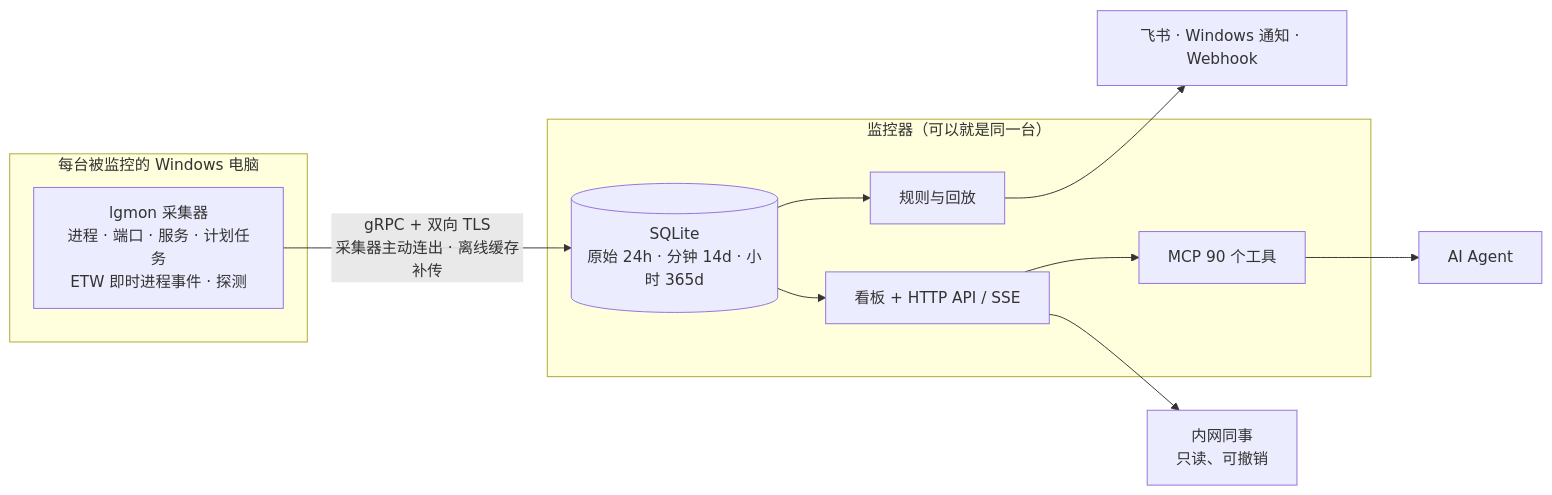
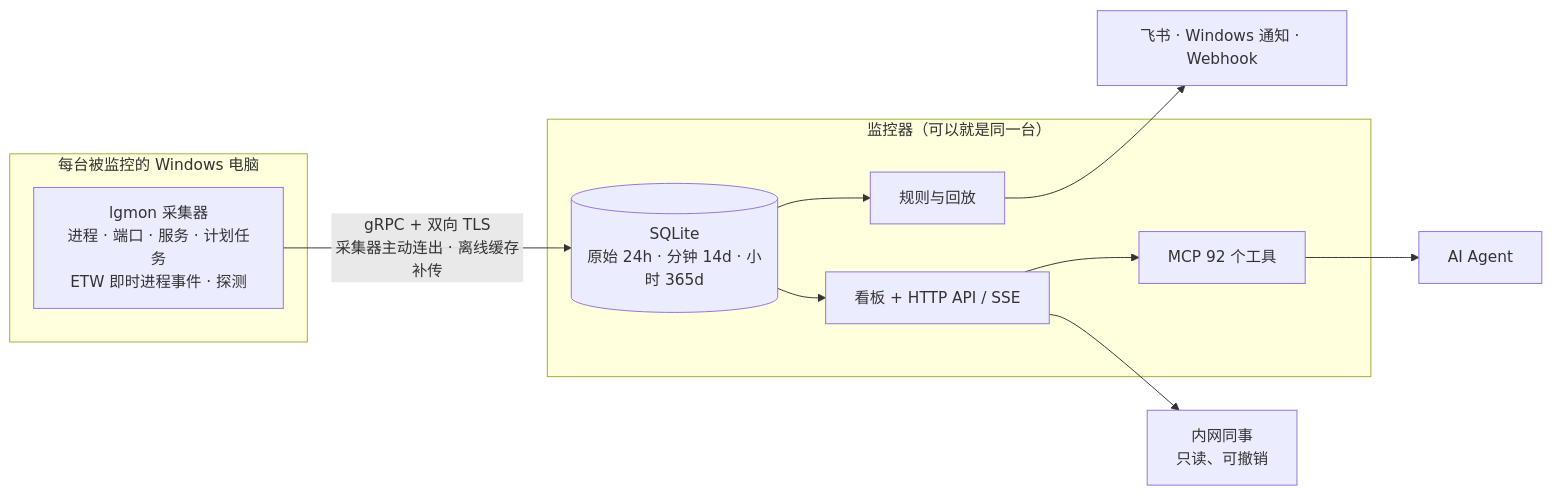
One commit to LFenX/lg-monitor changed the diagram in README.md. Above: the diagram before and after it, drawn with Mermaid. The commit also changed other lines of this file and 58 other files, not shown here.

````diff
--- a/README.md
+++ b/README.md
@@ -135,17 +135,17 @@
 ```mermaid
 flowchart LR
   subgraph PC[每台被监控的 Windows 电脑]
     C[lgmon 采集器<br/>进程 · 端口 · 服务 · 计划任务<br/>ETW 即时进程事件 · 探测]
   end
   subgraph M[监控器（可以就是同一台）]
     S[(SQLite<br/>原始 24h · 分钟 14d · 小时 365d)]
     R[规则与回放]
     W[看板 + HTTP API / SSE]
-    P[MCP 90 个工具]
+    P[MCP 92 个工具]
   end
   C -- gRPC + 双向 TLS<br/>采集器主动连出 · 离线缓存补传 --> S
   S --> R --> N[飞书 · Windows 通知 · Webhook]
   S --> W
   W --> P --> A[AI Agent]
   W --> L[内网同事<br/>只读、可撤销]
 ```
````
